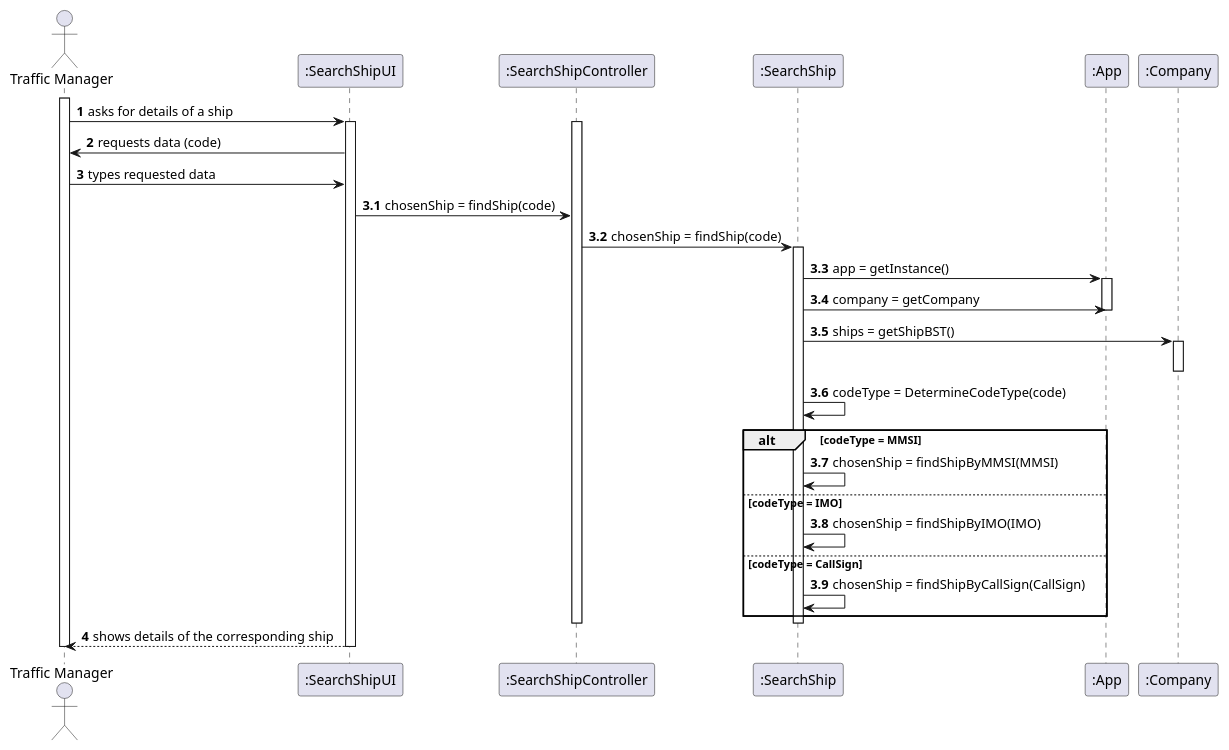
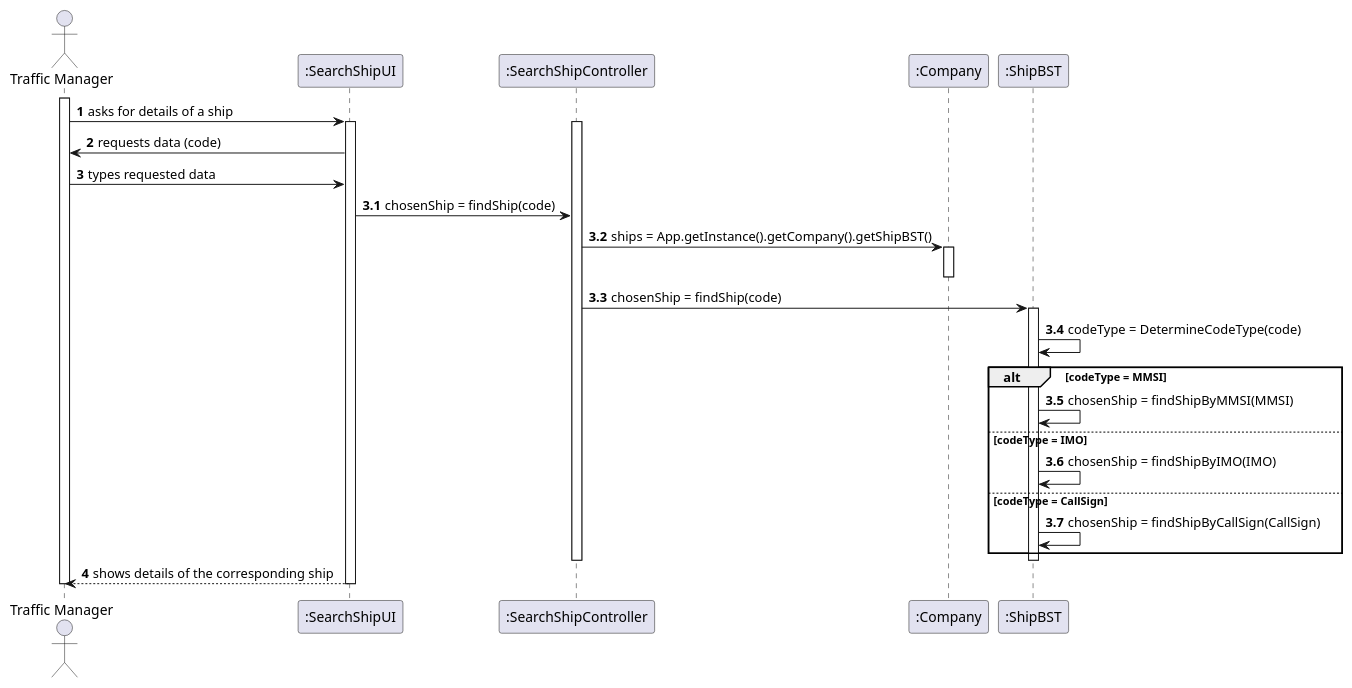
The diagram in docs/Sprint 1/US/US102/US102_SD.puml (1190772/LAB-Project-3), drawn with PlantUML before and after one commit. The commit also changed 4 other files, not shown here.

```diff
--- a/docs/Sprint 1/US/US102/US102_SD.puml
+++ b/docs/Sprint 1/US/US102/US102_SD.puml
@@ -1,54 +1,52 @@
 @startuml
 autonumber
 
 'hide footbox
 actor "Traffic Manager" as TM
 
 participant ":SearchShipUI" as UI
 participant ":SearchShipController" as CTRL
-participant ":SearchShip" as SS
-participant ":App" as APP
 participant ":Company" as COMP
+participant ":ShipBST" as BST
 
 activate TM
 TM -> UI : asks for details of a ship
 activate UI
 activate CTRL
 
 UI -> TM : requests data (code)
 TM -> UI : types requested data
 
 autonumber 3.1
+
 UI -> CTRL : chosenShip = findShip(code)
 
-CTRL -> SS : chosenShip = findShip(code)
-activate SS
-
-SS -> APP : app = getInstance()
-activate APP
-SS -> APP : company = getCompany
-deactivate APP
-SS -> COMP : ships = getShipBST()
+CTRL -> COMP : ships = App.getInstance().getCompany().getShipBST()
 activate COMP
 deactivate COMP
 
-SS -> SS : codeType = DetermineCodeType(code)
+CTRL -> BST : chosenShip = findShip(code)
+activate BST
+
+
+
+BST -> BST : codeType = DetermineCodeType(code)
 
 alt codeType = MMSI
-  SS -> SS : chosenShip = findShipByMMSI(MMSI)
+  BST -> BST : chosenShip = findShipByMMSI(MMSI)
 else codeType = IMO
-  SS -> SS : chosenShip = findShipByIMO(IMO)
+  BST -> BST : chosenShip = findShipByIMO(IMO)
 else codeType = CallSign
-  SS -> SS : chosenShip = findShipByCallSign(CallSign)
+  BST -> BST : chosenShip = findShipByCallSign(CallSign)
 end
 
-deactivate SS
+deactivate BST
 deactivate CTRL
 
 autonumber 4
 UI --> TM : shows details of the corresponding ship
 deactivate UI
 
 deactivate TM
 
 @enduml
```
